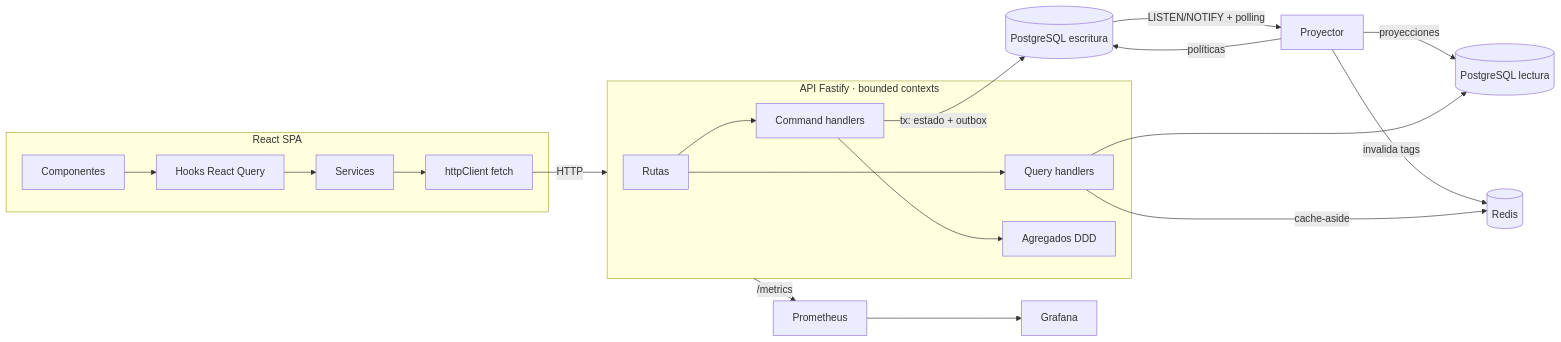
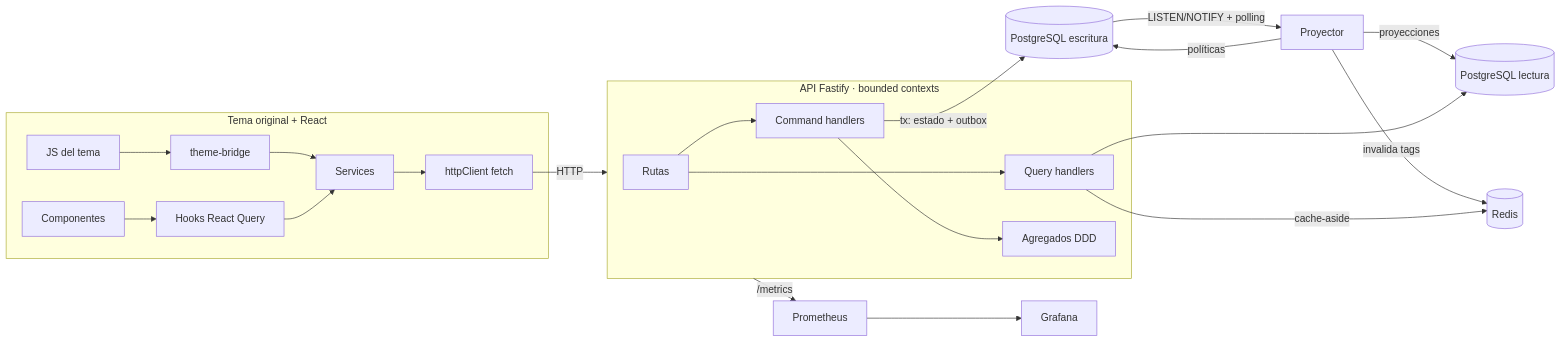
Before and after one commit to ignacioEDiaz/radian-store: the diagram in README.md, drawn with Mermaid. The commit also changed other lines of this file and 39 other files, not shown here.

First line of the commit message:
feat(web): finish the original storefront integration

````diff
--- a/README.md
+++ b/README.md
@@ -39,20 +61,21 @@
 ```mermaid
 flowchart LR
-  subgraph Web[React SPA]
+  subgraph Web[Tema original + React]
+    T[JS del tema] --> B[theme-bridge] --> S
     C[Componentes] --> H[Hooks React Query] --> S[Services] --> HC[httpClient fetch]
   end
   HC -->|HTTP| API
   subgraph API[API Fastify · bounded contexts]
     R[Rutas] --> CMD[Command handlers]
     R --> QRY[Query handlers]
     CMD --> AGG[Agregados DDD]
   end
   CMD -->|tx: estado + outbox| WDB[(PostgreSQL escritura)]
   WDB -->|LISTEN/NOTIFY + polling| P[Proyector]
   P -->|proyecciones| RDB[(PostgreSQL lectura)]
   P -->|políticas| WDB
   P -->|invalida tags| REDIS[(Redis)]
   QRY -->|cache-aside| REDIS
   QRY --> RDB
   API -->|/metrics| PROM[Prometheus] --> GRAF[Grafana]
 ```
````
